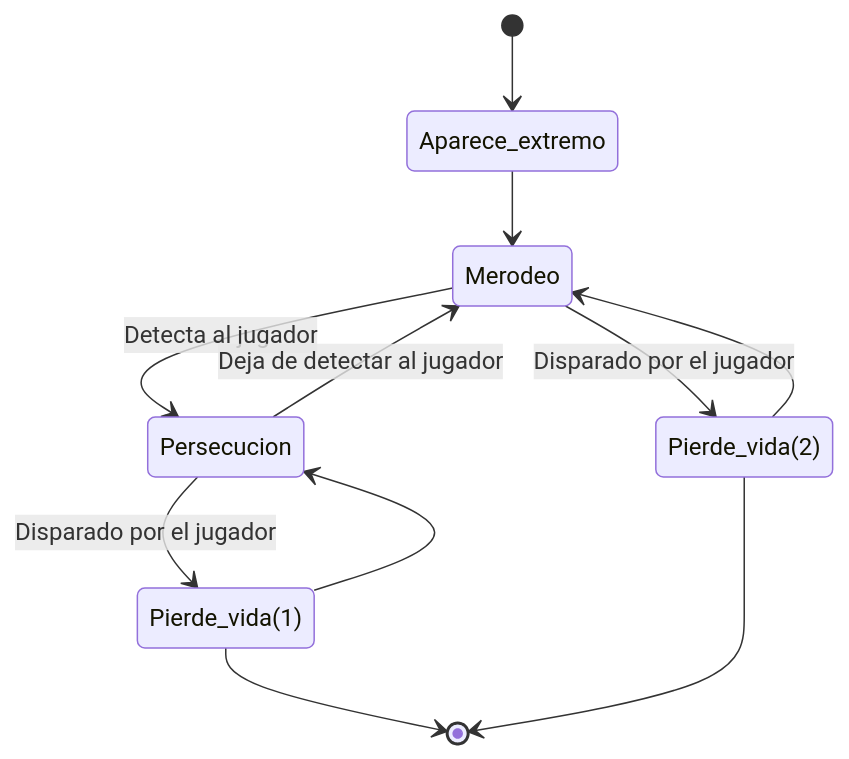
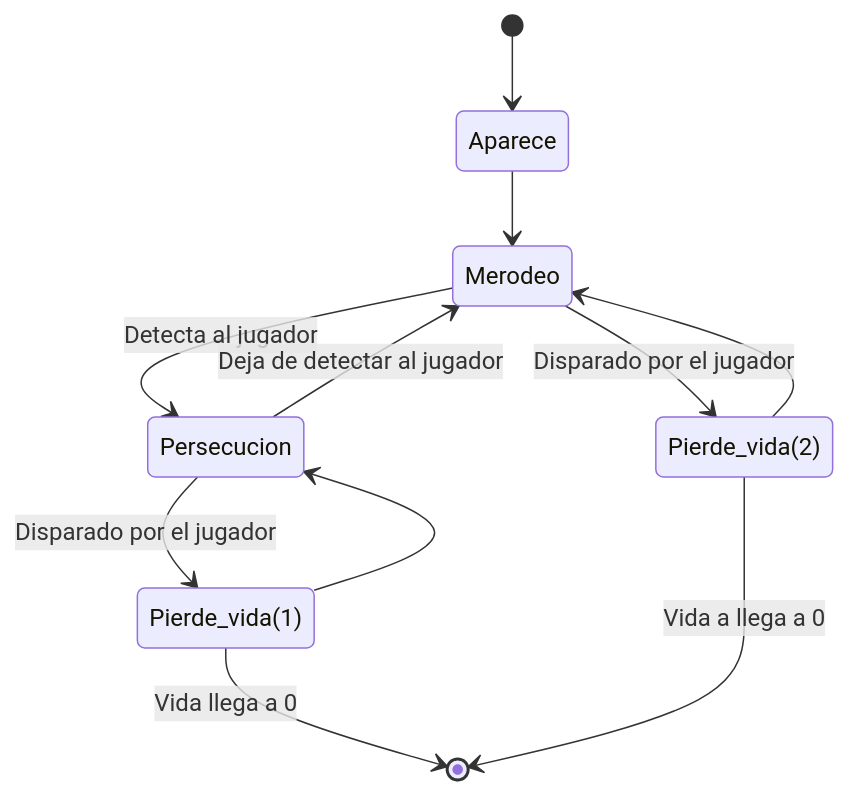
Before and after one commit to P4179/IAV24-LeonMirandaCastellanosSilva: the diagram in README.md, drawn with Mermaid.

````diff
--- a/README.md
+++ b/README.md
@@ -110,13 +110,13 @@
 ```mermaid
 stateDiagram-v2
-    [*] --> Aparece_extremo
-    Aparece_extremo --> Merodeo
+    [*] --> Aparece
+    Aparece --> Merodeo
     Merodeo --> Persecucion : Detecta al jugador
     Persecucion --> Merodeo : Deja de detectar al jugador
     Persecucion --> Pierde_vida(1) : Disparado por el jugador
     Pierde_vida(1) --> Persecucion
     Merodeo --> Pierde_vida(2) : Disparado por el jugador
     Pierde_vida(2) --> Merodeo
-    Pierde_vida(1) --> [*]
-    Pierde_vida(2) --> [*]
+    Pierde_vida(1) --> [*] : Vida llega a 0
+    Pierde_vida(2) --> [*] : Vida a llega a 0
 ```
````
